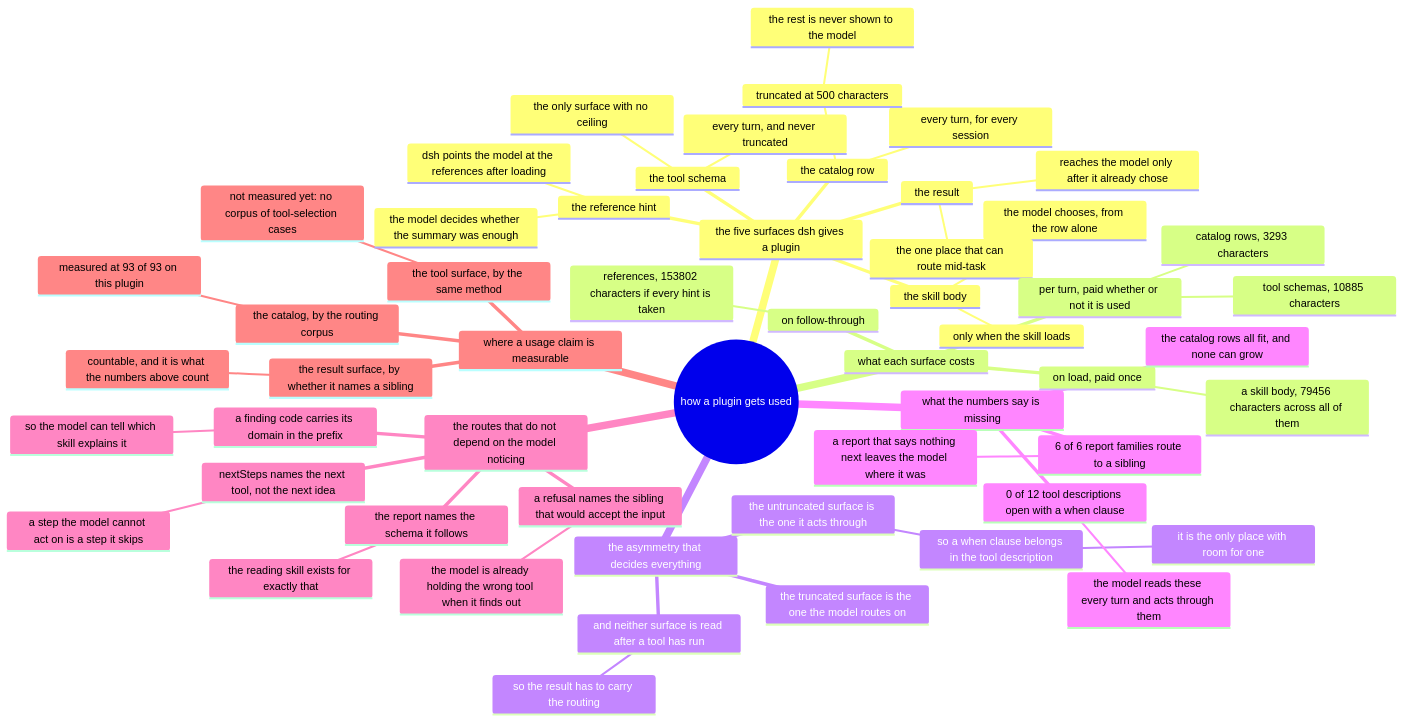
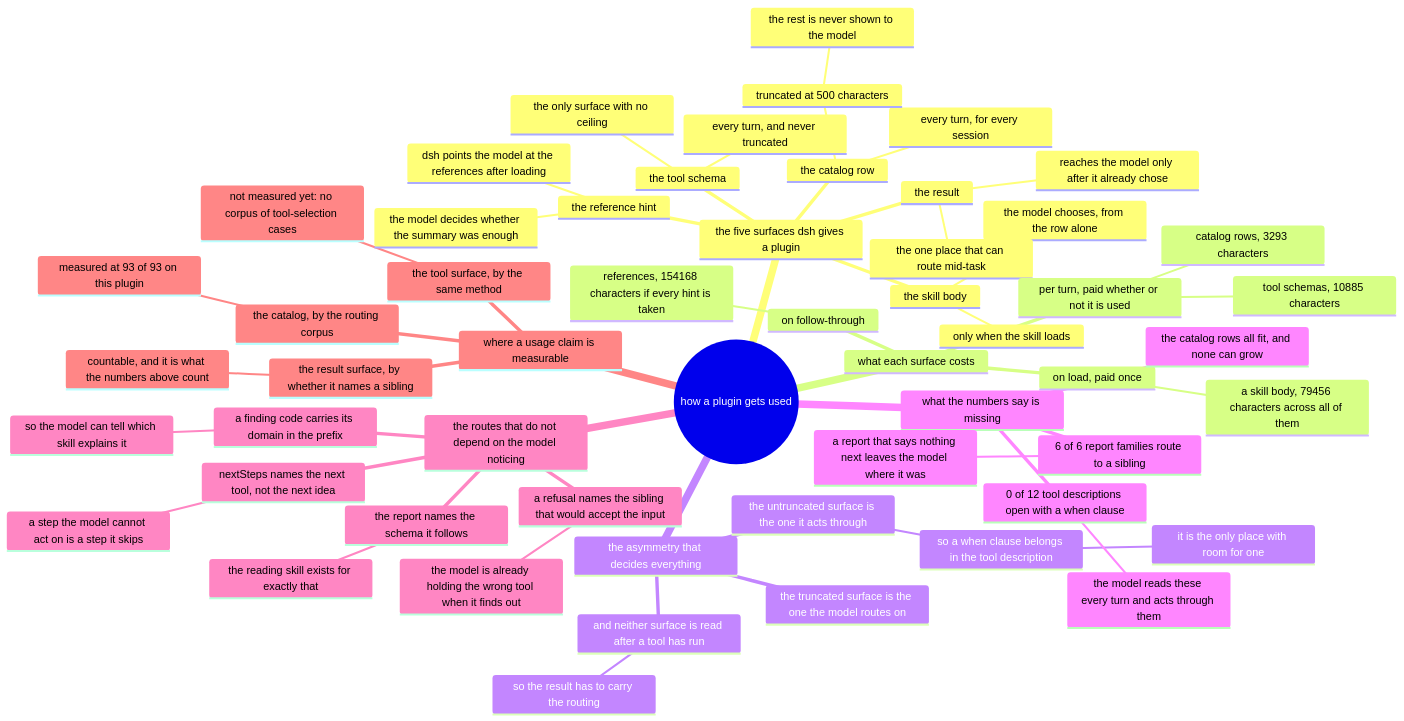
One commit to AmethystLuna/dsh-model-everything changed the diagram in docs/usage/mindmap.mmd. Above: the diagram before and after it, drawn with Mermaid. The commit also changed 13 other files, not shown here.

```diff
--- a/docs/usage/mindmap.mmd
+++ b/docs/usage/mindmap.mmd
@@ -1,56 +1,56 @@
 mindmap
 root((how a plugin gets used))
   the five surfaces dsh gives a plugin
     the catalog row
       every turn, for every session
       truncated at 500 characters
         the rest is never shown to the model
     the skill body
       only when the skill loads
       the model chooses, from the row alone
     the reference hint
       dsh points the model at the references after loading
       the model decides whether the summary was enough
     the tool schema
       every turn, and never truncated
       the only surface with no ceiling
     the result
       reaches the model only after it already chose
       the one place that can route mid-task
   what each surface costs
     per turn, paid whether or not it is used
       catalog rows, 3293 characters
       tool schemas, 10885 characters
     on load, paid once
       a skill body, 79456 characters across all of them
     on follow-through
-      references, 153802 characters if every hint is taken
+      references, 154168 characters if every hint is taken
   the asymmetry that decides everything
     the truncated surface is the one the model routes on
     the untruncated surface is the one it acts through
       so a when clause belongs in the tool description
         it is the only place with room for one
     and neither surface is read after a tool has run
       so the result has to carry the routing
   what the numbers say is missing
     0 of 12 tool descriptions open with a when clause
       the model reads these every turn and acts through them
     6 of 6 report families route to a sibling
       a report that says nothing next leaves the model where it was
     the catalog rows all fit, and none can grow
   the routes that do not depend on the model noticing
     a refusal names the sibling that would accept the input
       the model is already holding the wrong tool when it finds out
     nextSteps names the next tool, not the next idea
       a step the model cannot act on is a step it skips
     a finding code carries its domain in the prefix
       so the model can tell which skill explains it
     the report names the schema it follows
       the reading skill exists for exactly that
   where a usage claim is measurable
     the catalog, by the routing corpus
       measured at 93 of 93 on this plugin
     the tool surface, by the same method
       not measured yet: no corpus of tool-selection cases
     the result surface, by whether it names a sibling
       countable, and it is what the numbers above count
```
